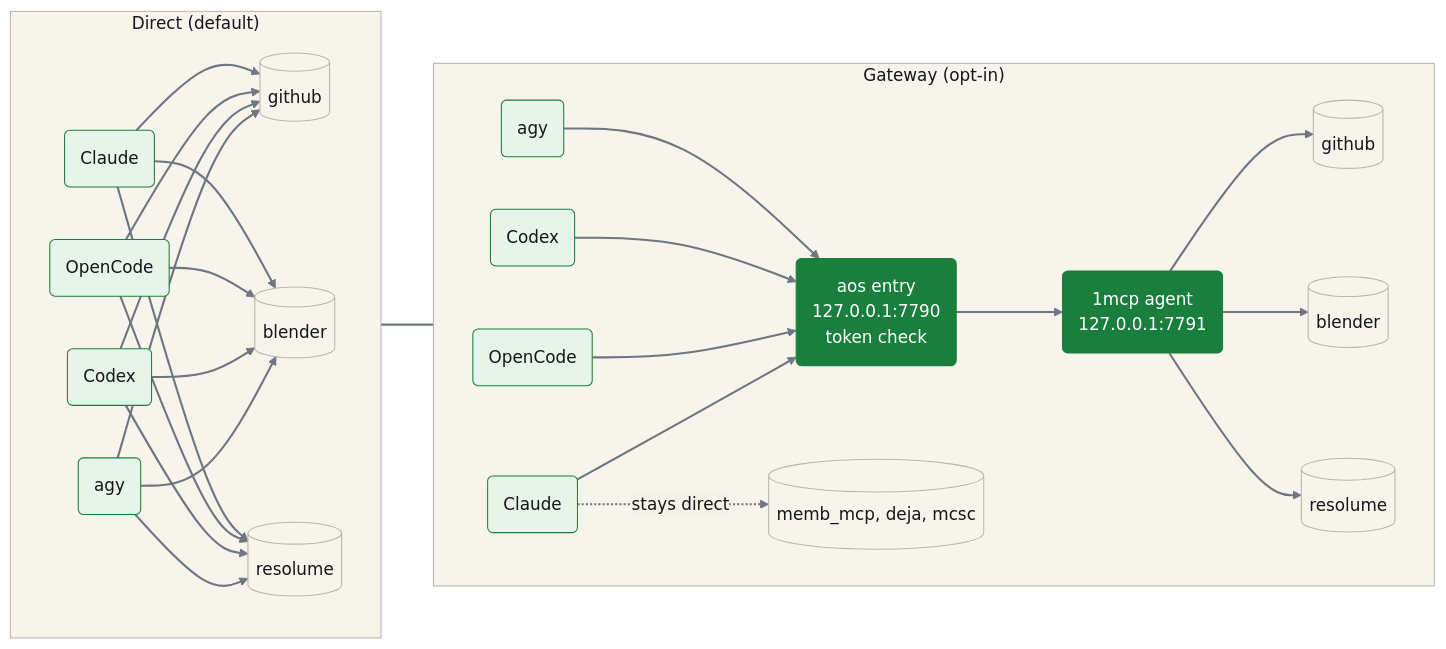
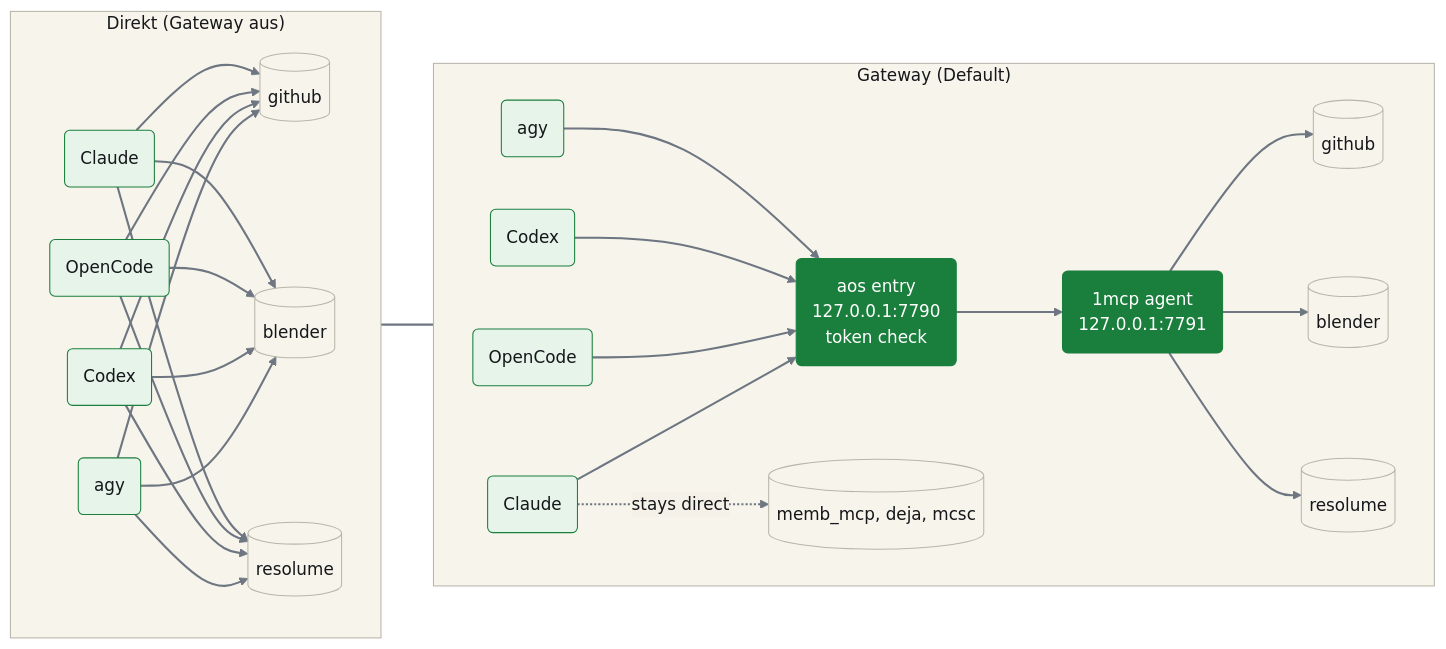
One commit to hybridlabor-api/aos changed the seventh of 11 diagrams in README.de.md. Above: the diagram before and after it, drawn with Mermaid. The commit also changed other lines of this file and 1 other file, not shown here.

````diff
--- a/README.de.md
+++ b/README.de.md
@@ -763,31 +846,31 @@
 ```mermaid
 %%{init: {"theme": "base", "themeVariables": {"lineColor": "#6e7681", "edgeLabelBackground": "#f6f1e8", "textColor": "#15171A", "clusterBkg": "#F7F4EC", "clusterBorder": "#B9B5AA", "titleColor": "#15171A", "primaryColor": "#FFFFFF", "primaryBorderColor": "#15171A", "primaryTextColor": "#15171A"}}}%%
 flowchart LR
-    subgraph D["Direct (default)"]
+    subgraph D["Direkt (Gateway aus)"]
         direction LR
         H1("Claude") --> S1[("github")] & S2[("blender")] & S3[("resolume")]
         H2("OpenCode") --> S1 & S2 & S3
         H3("Codex") --> S1 & S2 & S3
         H4("agy") --> S1 & S2 & S3
     end
-    subgraph G["Gateway (opt-in)"]
+    subgraph G["Gateway (Default)"]
         direction LR
         G1("Claude") & G2("OpenCode") & G3("Codex") & G4("agy") --> F("aos entry<br/>127.0.0.1:7790<br/>token check")
         F --> M("1mcp agent<br/>127.0.0.1:7791") --> U1[("github")] & U2[("blender")] & U3[("resolume")]
         G1 -.->|"stays direct"| X[("memb_mcp, deja, mcsc")]
     end
     D ~~~ G
 
     classDef plan fill:#E6F4EA,stroke:#1A7F3C,color:#15171A
     classDef build fill:#FFFFFF,stroke:#15171A,color:#15171A
     classDef gate fill:#1A7F3C,stroke:#1A7F3C,color:#FFFFFF
     classDef human fill:#F7F4EC,stroke:#5B6168,color:#15171A
     classDef store fill:#F7F4EC,stroke:#B9B5AA,color:#15171A
     linkStyle default stroke:#6e7681,stroke-width:2px
 
     class H1,H2,H3,H4,G1,G2,G3,G4 plan
     class S1,S2,S3,U1,U2,U3,X store
     class F,M gate
     style D fill:#F7F4EC,stroke:#B9B5AA,color:#15171A
     style G fill:#F7F4EC,stroke:#B9B5AA,color:#15171A
 ```
````
